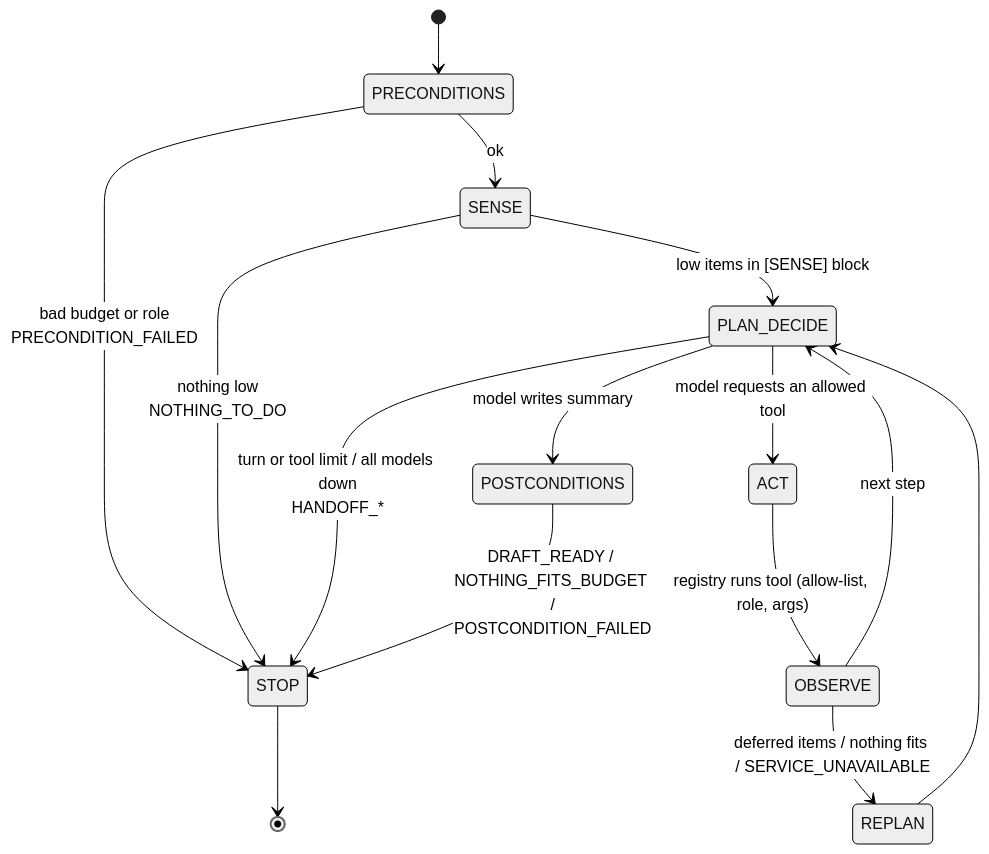
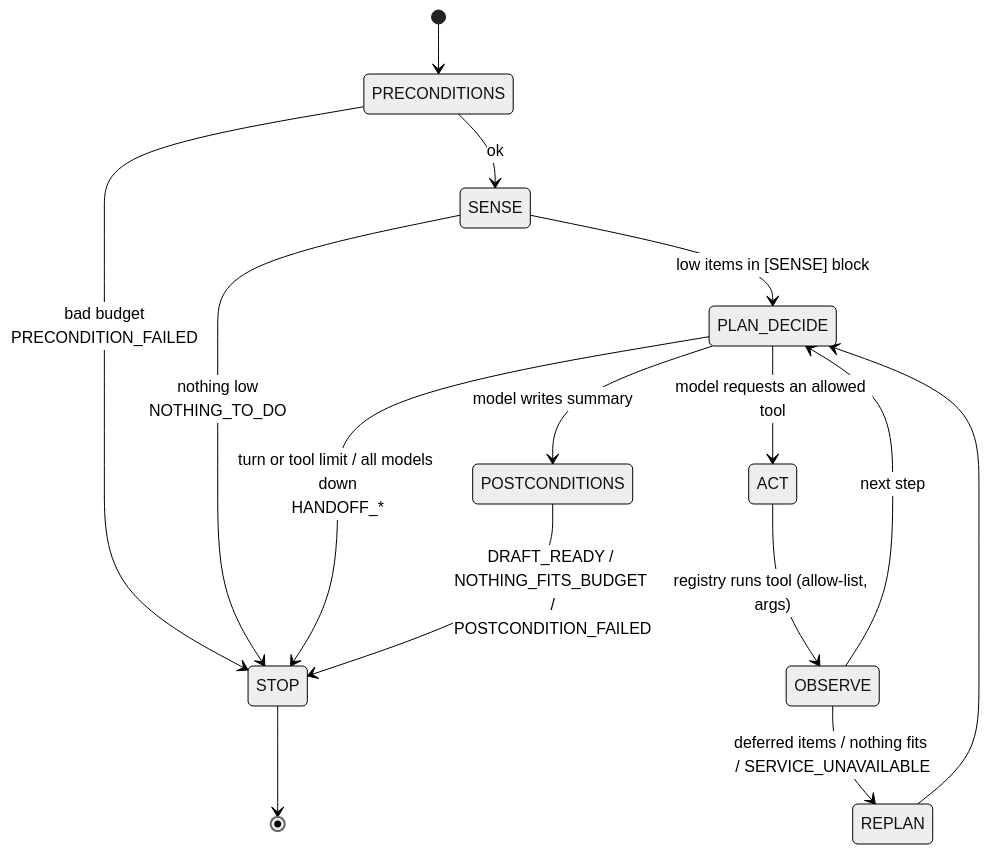
The first of 2 diagrams in docs/architecture/architecture-week5.md (AJmight/Capstone_project-), drawn with Mermaid (neutral theme) before and after one commit. The commit also changed other lines of this file and 56 other files, not shown here.

````diff
--- a/docs/architecture/architecture-week5.md
+++ b/docs/architecture/architecture-week5.md
@@ -7,17 +9,17 @@
 ```mermaid
 stateDiagram-v2
     [*] --> PRECONDITIONS
-    PRECONDITIONS --> STOP: bad budget or role<br/>PRECONDITION_FAILED
+    PRECONDITIONS --> STOP: bad budget<br/>PRECONDITION_FAILED
     PRECONDITIONS --> SENSE: ok
     SENSE --> STOP: nothing low<br/>NOTHING_TO_DO
     SENSE --> PLAN_DECIDE: low items in [SENSE] block
     PLAN_DECIDE --> ACT: model requests an allowed tool
     PLAN_DECIDE --> POSTCONDITIONS: model writes summary
-    ACT --> OBSERVE: registry runs tool (allow-list, role, args)
+    ACT --> OBSERVE: registry runs tool (allow-list, args)
     OBSERVE --> REPLAN: deferred items / nothing fits / SERVICE_UNAVAILABLE
     REPLAN --> PLAN_DECIDE
     OBSERVE --> PLAN_DECIDE: next step
     PLAN_DECIDE --> STOP: turn or tool limit / all models down<br/>HANDOFF_*
     POSTCONDITIONS --> STOP: DRAFT_READY / NOTHING_FITS_BUDGET /<br/>POSTCONDITION_FAILED
     STOP --> [*]
 ```
````
